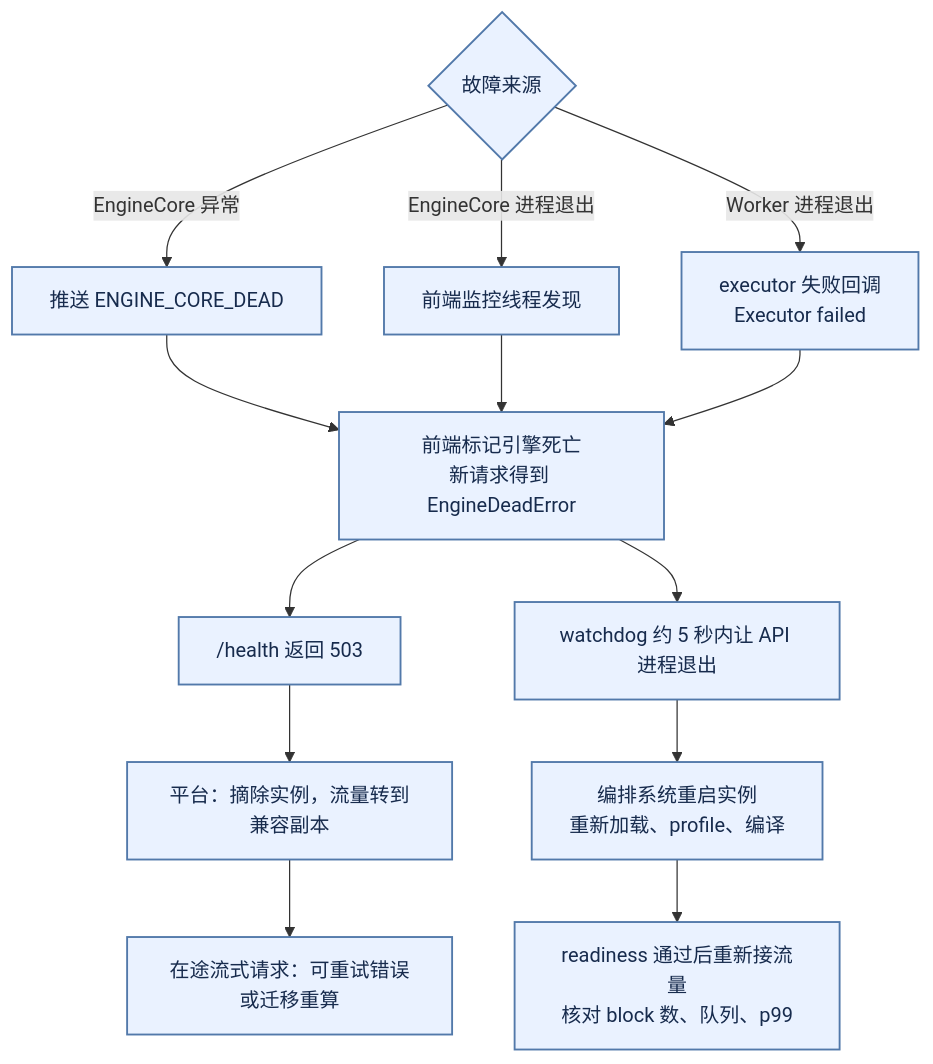
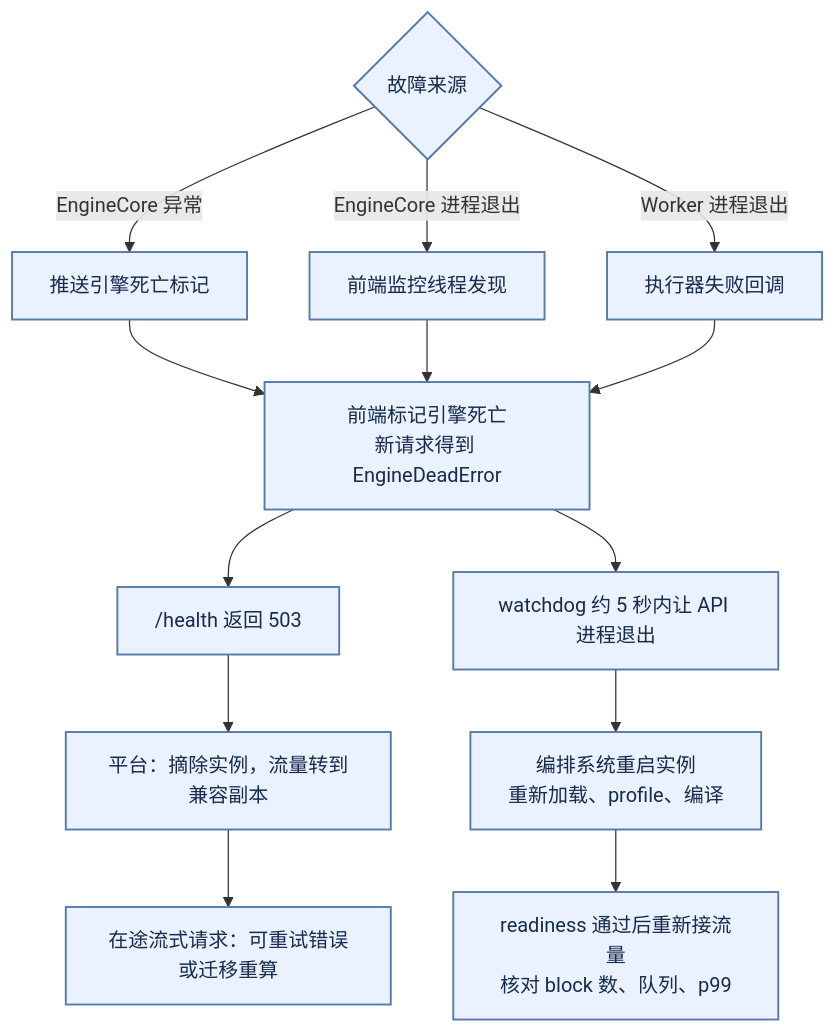
One commit to wxquare/wxquare.github.io changed diagram 14 of 18 in books/ai-book/src/part2/03-inference.md. Above: the diagram before and after it, drawn with Mermaid. The commit also changed other lines of this file and 4 other files, not shown here.

````diff
--- a/books/ai-book/src/part2/03-inference.md
+++ b/books/ai-book/src/part2/03-inference.md
@@ -1761,16 +751,16 @@
 ```mermaid
 flowchart TD
-    A{"故障来源"} -->|EngineCore 异常| B["推送 ENGINE_CORE_DEAD"]
-    A -->|EngineCore 进程退出| C["前端监控线程发现"]
-    A -->|Worker 进程退出| D["executor 失败回调<br/>Executor failed"]
+    A{"故障来源"} -->|"EngineCore 异常"| B["推送引擎死亡标记"]
+    A -->|"EngineCore 进程退出"| C["前端监控线程发现"]
+    A -->|"Worker 进程退出"| D["执行器失败回调"]
     B --> E["前端标记引擎死亡<br/>新请求得到 EngineDeadError"]
     C --> E
     D --> E
     E --> F["/health 返回 503"]
     E --> G["watchdog 约 5 秒内让 API 进程退出"]
     F --> H["平台：摘除实例，流量转到兼容副本"]
     G --> I["编排系统重启实例<br/>重新加载、profile、编译"]
     H --> J["在途流式请求：可重试错误或迁移重算"]
     I --> K["readiness 通过后重新接流量<br/>核对 block 数、队列、p99"]
     classDef default fill:#eaf2ff,stroke:#5279aa,stroke-width:1.5px,color:#172b4d;
 ```
````
